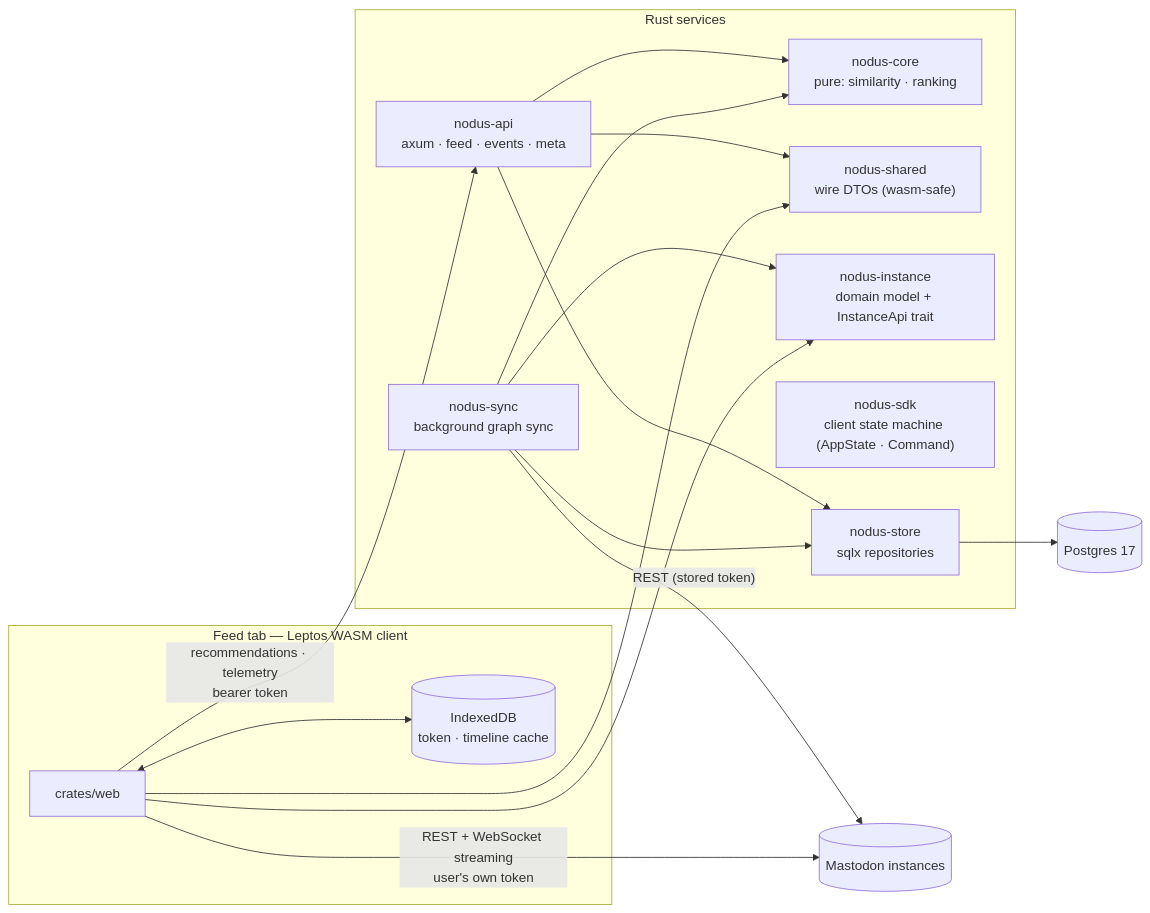
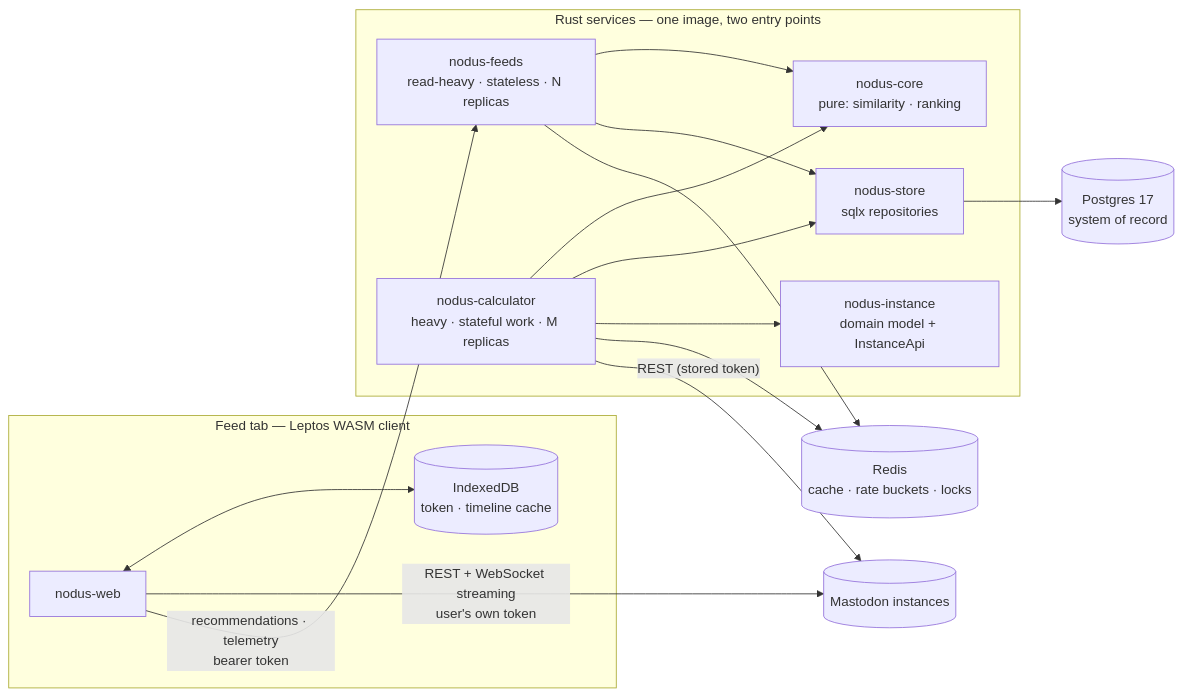
Before and after one commit to Luxuride/nodus-recommender: the diagram in docs/02-architecture.md, drawn with Mermaid. The commit also changed other lines of this file and 16 other files, not shown here.

First line of the commit message:
docs: split the service into a feeds role and a calculator role

````diff
--- a/docs/02-architecture.md
+++ b/docs/02-architecture.md
@@ -11,29 +12,27 @@
 ```mermaid
 flowchart LR
     subgraph browser["Feed tab — Leptos WASM client"]
-        WEB["crates/web"]
+        WEB["nodus-web"]
         IDB[("IndexedDB<br/>token · timeline cache")]
         WEB <--> IDB
     end
     WEB -->|"REST + WebSocket streaming<br/>user's own token"| M[(Mastodon instances)]
-    WEB -->|"recommendations · telemetry<br/>bearer token"| API
-    subgraph svc["Rust services"]
-        API["nodus-api<br/>axum · feed · events · meta"]
-        SYNC["nodus-sync<br/>background graph sync"]
+    WEB -->|"recommendations · telemetry<br/>bearer token"| FEEDS
+
+    subgraph svc["Rust services — one image, two entry points"]
+        FEEDS["nodus-feeds<br/>read-heavy · stateless · N replicas"]
+        CALC["nodus-calculator<br/>heavy · stateful work · M replicas"]
         CORE["nodus-core<br/>pure: similarity · ranking"]
-        SHARED["nodus-shared<br/>wire DTOs (wasm-safe)"]
-        MC["nodus-instance<br/>domain model + InstanceApi trait"]
-        SDKST["nodus-sdk<br/>client state machine (AppState · Command)"]
         STORE["nodus-store<br/>sqlx repositories"]
-        API --> CORE
-        API --> STORE
-        API --> SHARED
-        SYNC --> CORE
-        SYNC --> STORE
-        SYNC --> MC
-        WEB --> SHARED
-        WEB --> MC
+        FEEDS --> CORE
+        FEEDS --> STORE
+        CALC --> CORE
+        CALC --> STORE
+        CALC --> MC["nodus-instance<br/>domain model + InstanceApi"]
     end
-    STORE --> DB[(Postgres 17)]
-    SYNC -->|"REST (stored token)"| M
+
+    STORE --> DB[(Postgres 17<br/>system of record)]
+    FEEDS --> R[(Redis<br/>cache · rate buckets · locks)]
+    CALC --> R
+    CALC -->|"REST (stored token)"| M
 ```
````
